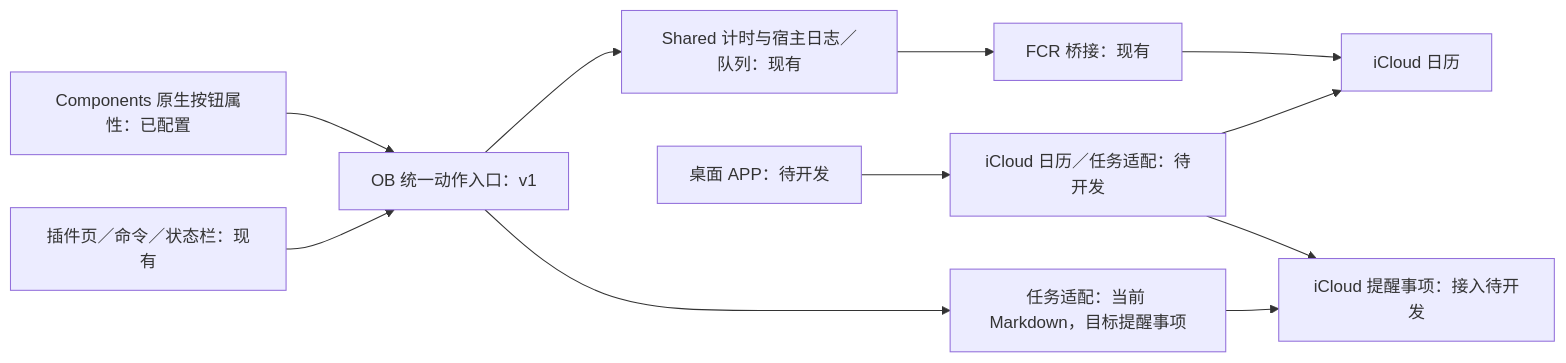
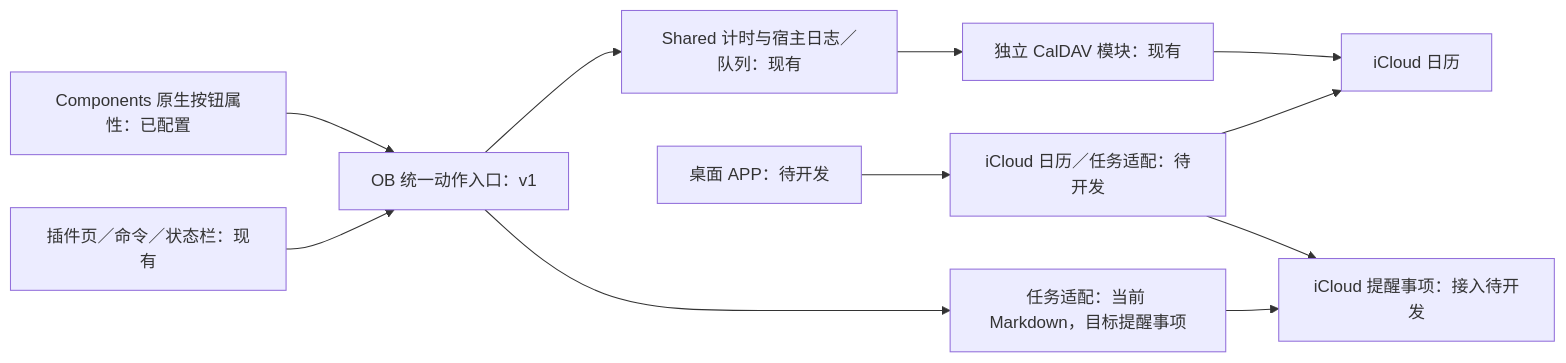
One commit to Yang-Jia-Lin/OB-Calendar-and-Tasks-with-iOS changed the diagram in Notes/2-架构设计.md. Above: the diagram before and after it, drawn with Mermaid. The commit also changed other lines of this file and 40 other files, not shown here.

````diff
--- a/Notes/2-架构设计.md
+++ b/Notes/2-架构设计.md
@@ -54,13 +68,13 @@
 ```mermaid
 flowchart LR
     Card[Components 原生按钮属性：已配置] --> Entry[OB 统一动作入口：v1]
     View[插件页／命令／状态栏：现有] --> Entry
     Entry --> Core[Shared 计时与宿主日志／队列：现有]
     Entry --> Task[任务适配：当前 Markdown，目标提醒事项]
-    Core --> FCR[FCR 桥接：现有]
+    Core --> FCR[独立 CalDAV 模块：现有]
     FCR --> Calendar[iCloud 日历]
     Task --> Reminders[iCloud 提醒事项：接入待开发]
     Desktop[桌面 APP：待开发] --> Adapters[iCloud 日历／任务适配：待开发]
     Adapters --> Calendar
     Adapters --> Reminders
 ```
````
